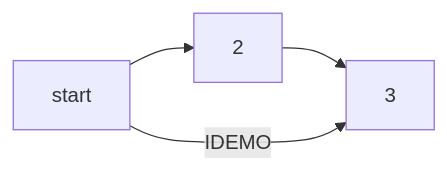
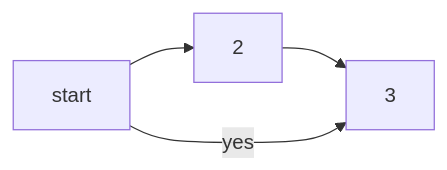
The diagram in docs/code-exaples.md (Elastrio/elastrio.github.io), drawn with Mermaid before and after one commit. The commit also changed other lines of this file, not shown here.

````diff
--- a/docs/code-exaples.md
+++ b/docs/code-exaples.md
@@ -27,6 +27,6 @@
 ```mermaid
 graph LR
     1[start]-->2
     2-->3
-    1--IDEMO-->3
+    1--yes-->3
 ```
````
